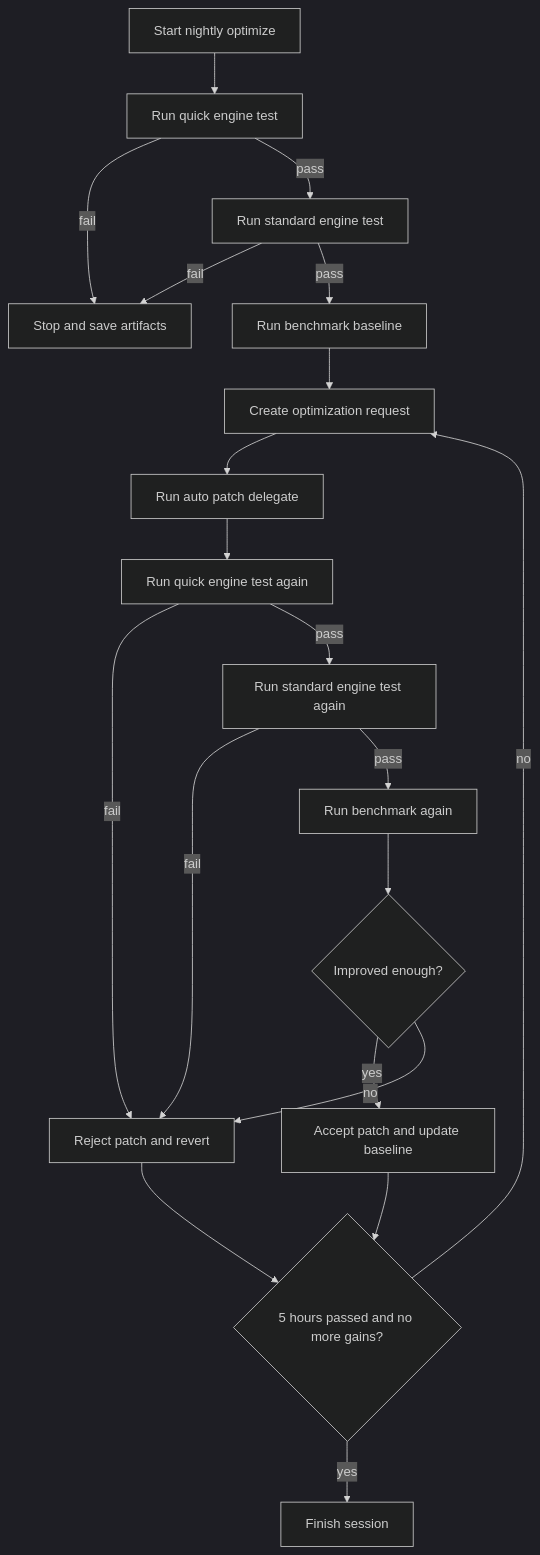
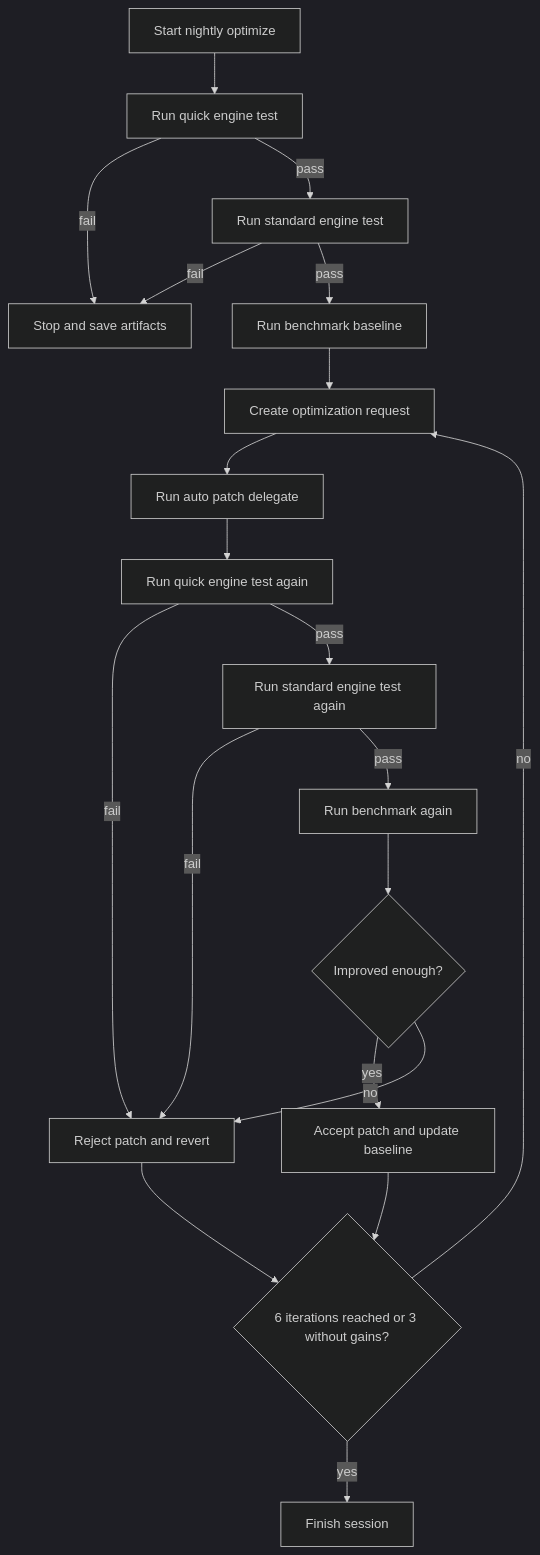
One commit to suzuking001/fact_sim changed the first of 3 diagrams in docs/overnight-auto-optimize.md. Above: the diagram before and after it, drawn with Mermaid (dark theme). The commit also changed other lines of this file and 53 other files, not shown here.

````diff
--- a/docs/overnight-auto-optimize.md
+++ b/docs/overnight-auto-optimize.md
@@ -29,22 +33,22 @@
 ```mermaid
 flowchart TD
   A[Start nightly optimize] --> B[Run quick engine test]
   B -->|fail| X[Stop and save artifacts]
   B -->|pass| C[Run standard engine test]
   C -->|fail| X
   C -->|pass| D[Run benchmark baseline]
   D --> E[Create optimization request]
   E --> F[Run auto patch delegate]
   F --> G[Run quick engine test again]
   G -->|fail| R[Reject patch and revert]
   G -->|pass| H[Run standard engine test again]
   H -->|fail| R
   H -->|pass| I[Run benchmark again]
   I --> J{Improved enough?}
   J -->|yes| K[Accept patch and update baseline]
   J -->|no| R
-  K --> L{5 hours passed and no more gains?}
+  K --> L{6 iterations reached or 3 without gains?}
   R --> L
   L -->|no| E
   L -->|yes| Z[Finish session]
 ```
````
